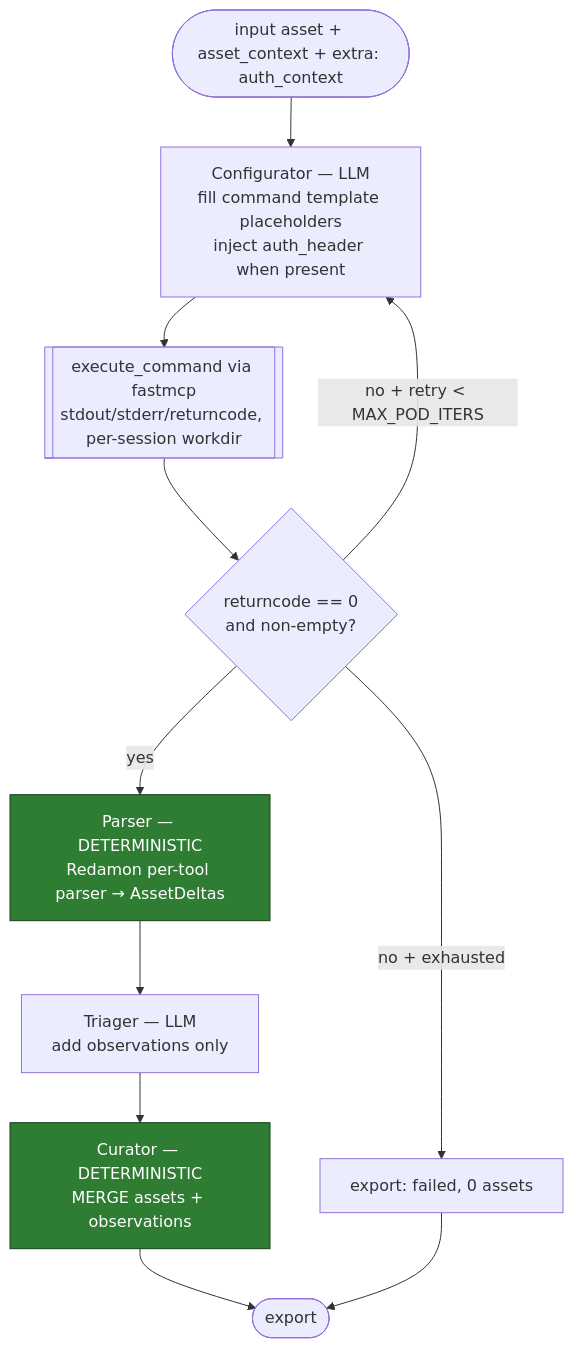
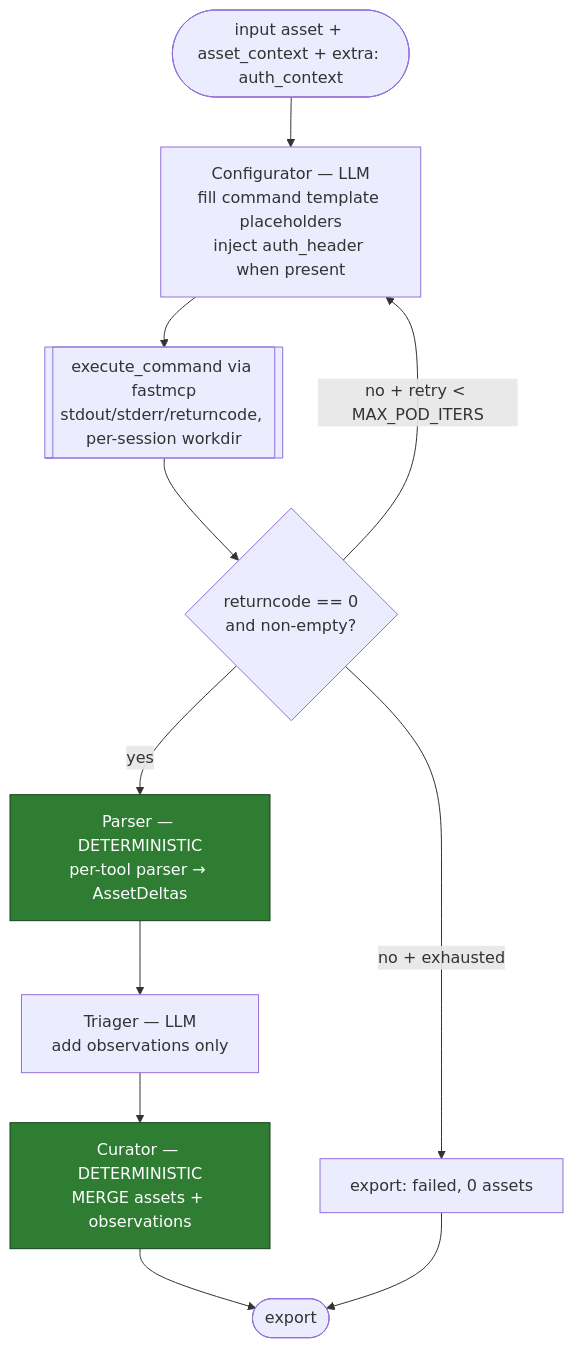
Before and after one commit to Diekgbbtt/polyphemus: the second of 2 diagrams in docs/design/recon-mvp-design.md, drawn with Mermaid. The commit also changed other lines of this file and 32 other files, not shown here.

````diff
--- a/docs/design/recon-mvp-design.md
+++ b/docs/design/recon-mvp-design.md
@@ -74,15 +74,15 @@
 ```mermaid
 flowchart TD
     IN([input asset + asset_context + extra: auth_context]) --> CFG
     CFG[Configurator — LLM<br/>fill command template placeholders<br/>inject auth_header when present] --> EXE
     EXE[[execute_command via fastmcp<br/>stdout/stderr/returncode, per-session workdir]] --> GATE{returncode == 0<br/>and non-empty?}
     GATE -->|no + retry < MAX_POD_ITERS| CFG
     GATE -->|no + exhausted| FAIL[export: failed, 0 assets]
-    GATE -->|yes| PAR[Parser — DETERMINISTIC<br/>Redamon per-tool parser → AssetDeltas]
+    GATE -->|yes| PAR[Parser — DETERMINISTIC<br/>per-tool parser → AssetDeltas]
     PAR --> TRI[Triager — LLM<br/>add observations only]
     TRI --> CUR[Curator — DETERMINISTIC<br/>MERGE assets + observations]
     CUR --> OUT([export])
     FAIL --> OUT
     classDef det fill:#2e7d32,stroke:#14401a,color:#fff;
     class PAR,CUR det;
 ```
````
